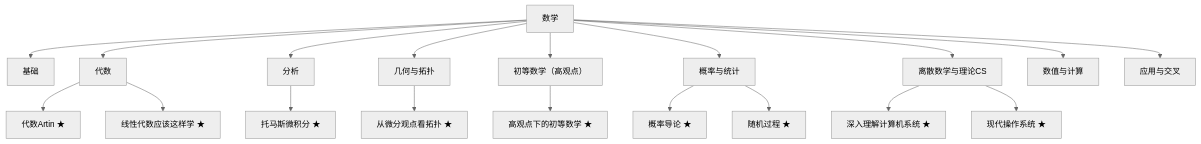
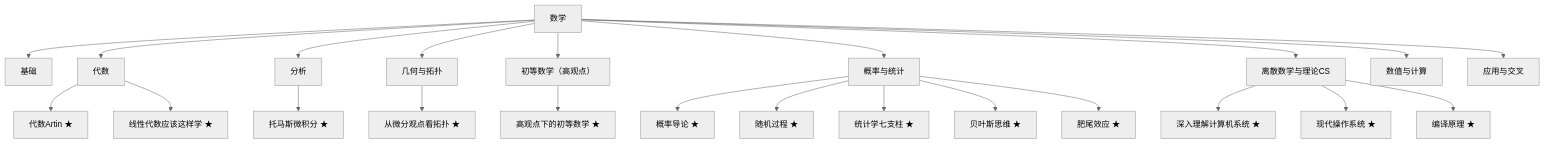
Before and after one commit to lyp0746/lyp-notes: the diagram in 数学大地图.md, drawn with Mermaid (neutral theme). The commit also changed other lines of this file and 48 other files, not shown here.

Commit message:
新增 4 本概率/计算机书籍(统计学七支柱/贝叶斯思维/肥尾效应/编译原理)：12 概念+8 实体+4 导读+2 跨书桥接；重建插图(13 书)与《数学地图》PDF(79 页)；更新索引与地图

````diff
--- a/数学大地图.md
+++ b/数学大地图.md
@@ -30,22 +30,26 @@
 ```mermaid
 graph TD
   M[数学]
   M --> base[基础]
   M --> alg[代数]
   alg --> AT[代数Artin ★]
   alg --> LA[线性代数应该这样学 ★]
   M --> ana[分析]
   ana --> CA[托马斯微积分 ★]
   M --> geo[几何与拓扑]
   geo --> DT[从微分观点看拓扑 ★]
   M --> elem[初等数学（高观点）]
   elem --> KG[高观点下的初等数学 ★]
   M --> prob[概率与统计]
   prob --> PD[概率导论 ★]
   prob --> SP[随机过程 ★]
+  prob --> SS[统计学七支柱 ★]
+  prob --> BT[贝叶斯思维 ★]
+  prob --> FT[肥尾效应 ★]
   M --> disc[离散数学与理论CS]
   disc --> CSAPP[深入理解计算机系统 ★]
   disc --> MOS[现代操作系统 ★]
+  disc --> CP[编译原理 ★]
   M --> num[数值与计算]
   M --> app[应用与交叉]
 ```
````
